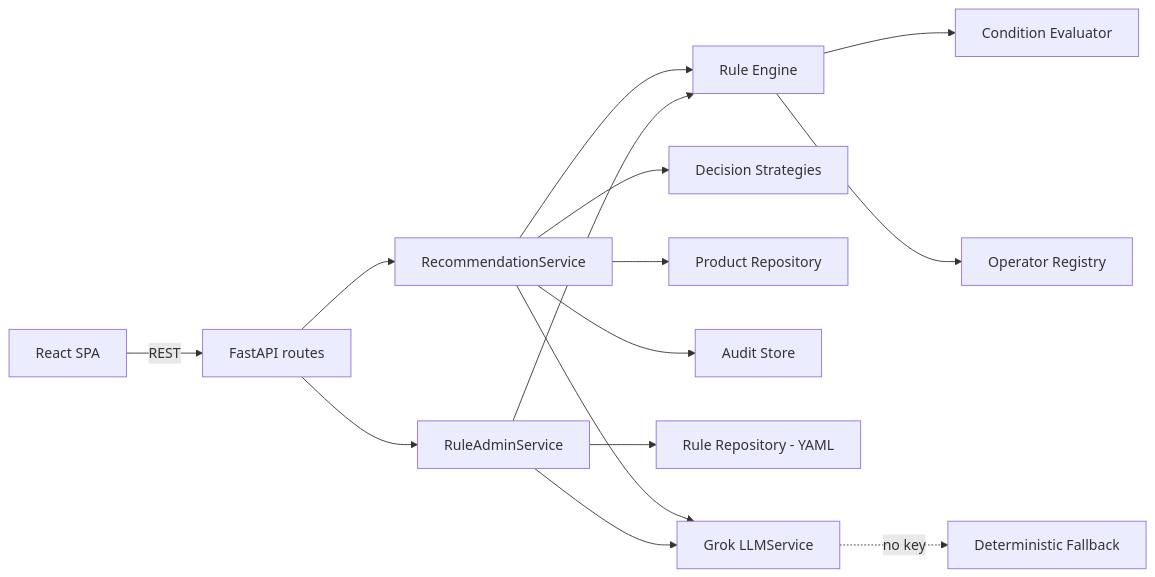
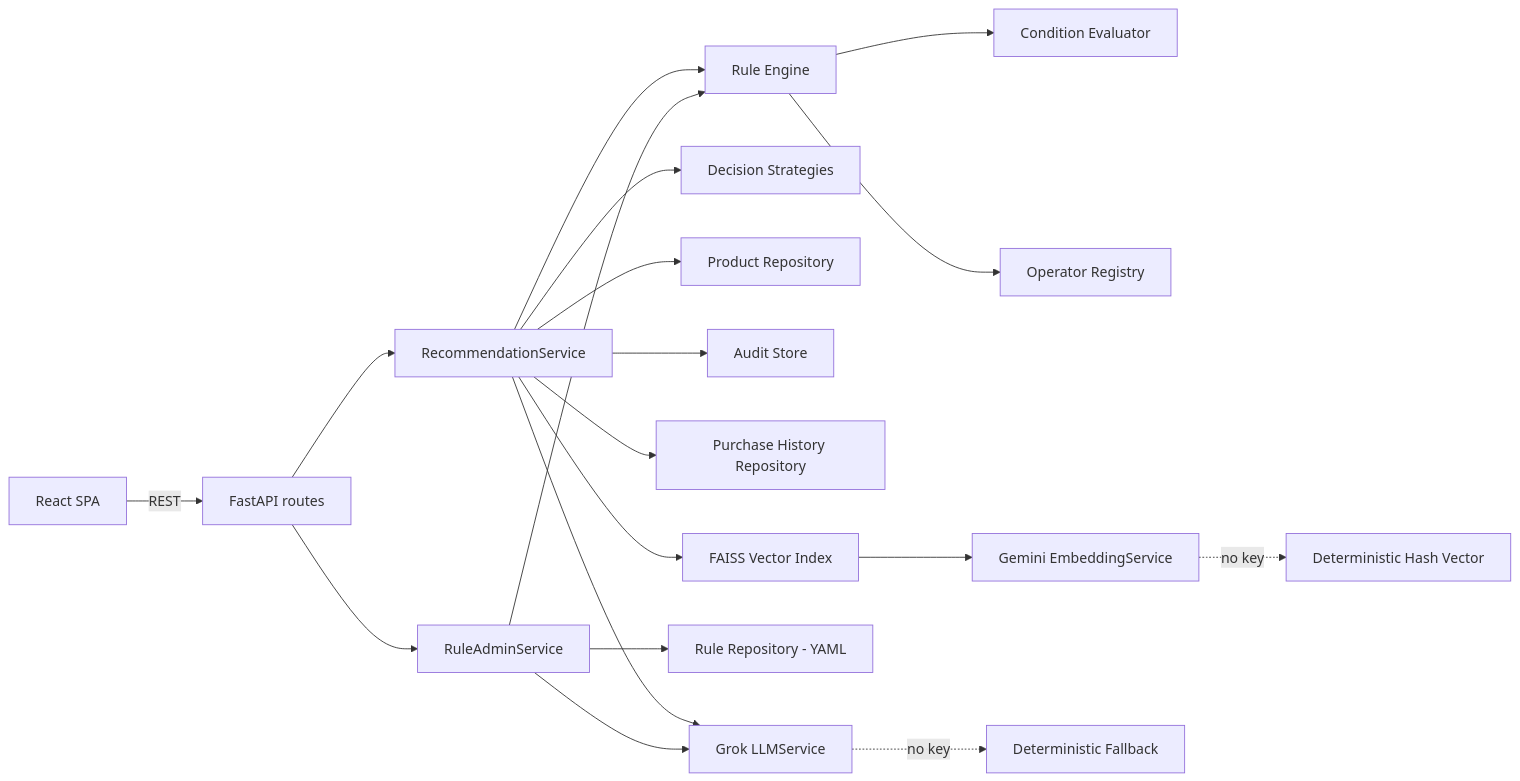
The diagram in README.md (AbhiTyagi012/hackathon_problem_4_solution), drawn with Mermaid before and after one commit. The commit also changed other lines of this file and 57 other files, not shown here.

Commit message:
updated code according to new architecture

````diff
--- a/README.md
+++ b/README.md
@@ -30,17 +38,21 @@
 ```mermaid
 flowchart LR
     UI[React SPA] -->|REST| API[FastAPI routes]
     API --> RS[RecommendationService]
     API --> RAS[RuleAdminService]
     RS --> ENGINE[Rule Engine]
     RAS --> ENGINE
     ENGINE --> COND[Condition Evaluator]
     ENGINE --> OPS[Operator Registry]
     RS --> STRAT[Decision Strategies]
     RS --> CATALOG[Product Repository]
     RS --> AUDIT[Audit Store]
+    RS --> HIST[Purchase History Repository]
+    RS --> VEC[FAISS Vector Index]
+    VEC --> EMB[Gemini EmbeddingService]
     RAS --> RULES[Rule Repository - YAML]
     RS --> LLM[Grok LLMService]
     RAS --> LLM
     LLM -. no key .-> FALLBACK[Deterministic Fallback]
+    EMB -. no key .-> HASHFALLBACK[Deterministic Hash Vector]
 ```
````
